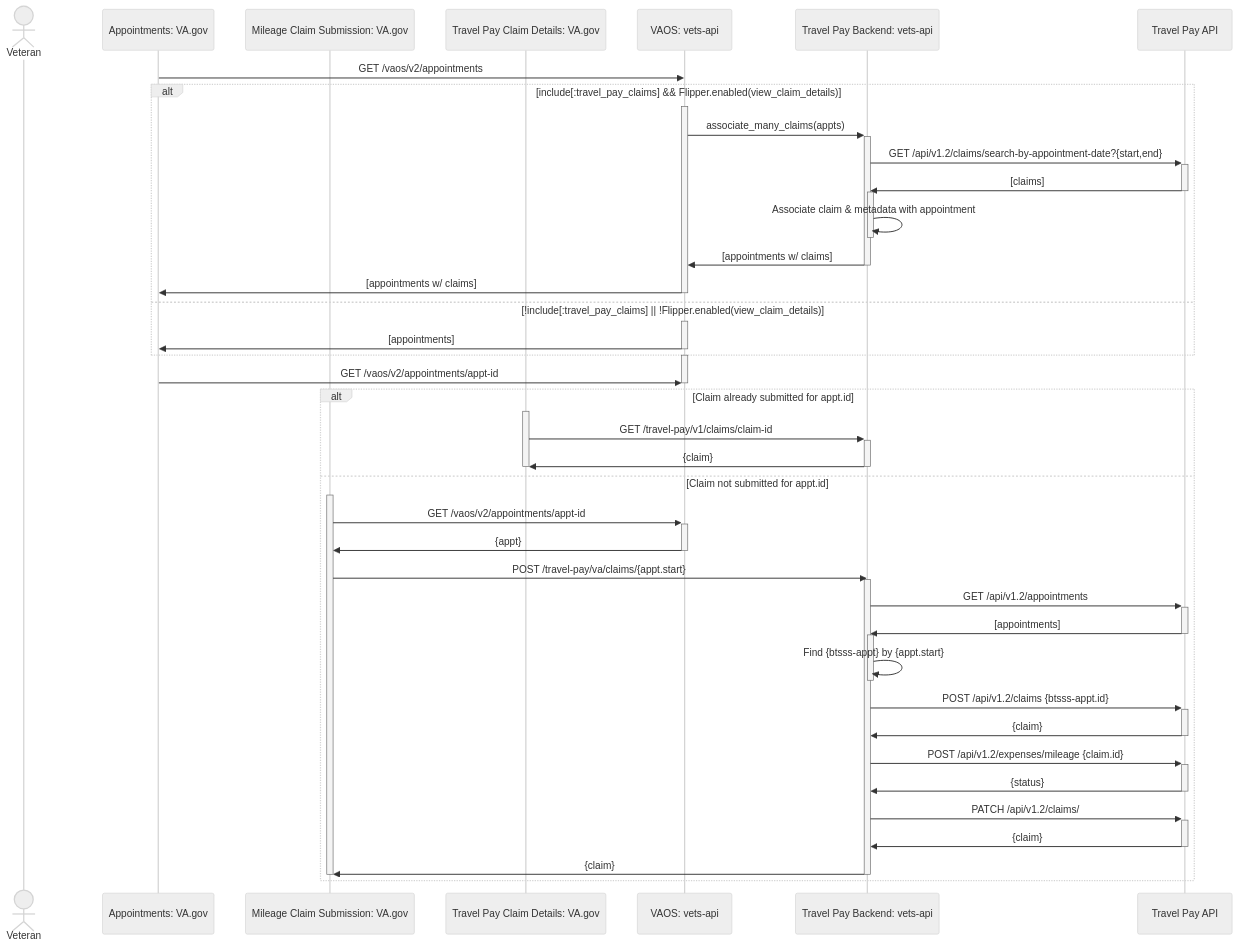
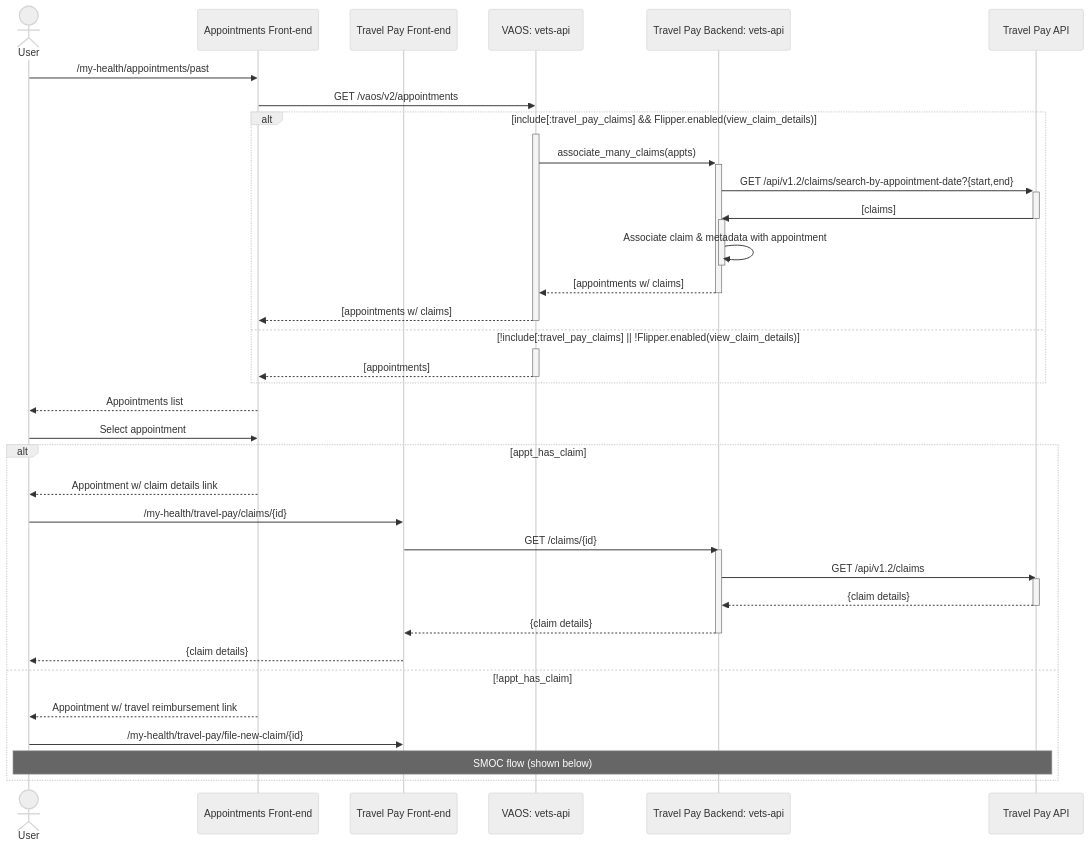
One commit to department-of-veterans-affairs/va.gov-team changed the third of 4 diagrams in products/health-care/beneficiary-travel/engineering/submit-claim/full-sequence-diagram.md. Above: the diagram before and after it, drawn with Mermaid (neutral theme). The commit also changed other lines of this file, not shown here.

Commit message:
Status, claim details, SMOC sequence diagram updates

````diff
--- a/products/health-care/beneficiary-travel/engineering/submit-claim/full-sequence-diagram.md
+++ b/products/health-care/beneficiary-travel/engineering/submit-claim/full-sequence-diagram.md
@@ -5,84 +67,52 @@
 ```mermaid
 sequenceDiagram
-  actor vet as Veteran
-  participant appts as Appointments: VA.gov
-  participant smoc as Mileage Claim Submission: VA.gov
-  participant tcdeets as Travel Pay Claim Details: VA.gov
-  participant vaos as VAOS: vets-api
-  participant tpm  as Travel Pay Backend: vets-api
-  participant tpapi as Travel Pay API
+    actor user as User
+    participant appts as Appointments Front-end
+    participant tp as Travel Pay Front-end
+    participant vaos as VAOS: vets-api
+    participant tpm  as Travel Pay Backend: vets-api
+    participant tpapi as Travel Pay API
 
+    user->>appts: /my-health/appointments/past
+    appts ->> vaos: GET /vaos/v2/appointments
 
-  %% User navigates to past appts
-
-
-  appts ->> vaos: GET /vaos/v2/appointments
-
-  alt include[:travel_pay_claims] && Flipper.enabled(view_claim_details)
-    activate vaos
-      vaos ->>+ tpm: associate_many_claims(appts)
-      tpm ->>+ tpapi: GET /api/v1.2/claims/search-by-appointment-date?{start,end}
-      tpapi ->>- tpm: [claims]
-
-      activate tpm
-        tpm ->> tpm: Associate claim & metadata with appointment
-      deactivate tpm
-
-      tpm ->>- vaos: [appointments w/ claims]
-      vaos ->> appts: [appointments w/ claims]
-    deactivate vaos
-  else !include[:travel_pay_claims] || !Flipper.enabled(view_claim_details)
-    activate vaos
-      vaos ->> appts: [appointments]
-    deactivate vaos
-  end
-
-  %% User navigates to claim details
-
-  activate vaos
-  appts ->> vaos: GET /vaos/v2/appointments/appt-id
-  deactivate vaos
-
-  alt Claim already submitted for appt.id
-
-
-    %% User clicks view claim link
-
-
-    activate tcdeets
-      tcdeets ->>+ tpm: GET /travel-pay/v1/claims/claim-id
-      tpm ->>- tcdeets: {claim}
-    deactivate tcdeets
-  else Claim not submitted for appt.id
-
-
-    %% User clicks submit claim link
-
-
-    activate smoc
-      smoc ->>+ vaos: GET /vaos/v2/appointments/appt-id
-      vaos ->>- smoc: {appt}
-      smoc ->> tpm: POST /travel-pay/va/claims/{appt.start}
-
-      activate tpm
-        tpm ->>+ tpapi: GET /api/v1.2/appointments
-        tpapi ->>- tpm: [appointments]
+    alt include[:travel_pay_claims] && Flipper.enabled(view_claim_details)
+      activate vaos
+        vaos ->>+ tpm: associate_many_claims(appts)
+        tpm ->>+ tpapi: GET /api/v1.2/claims/search-by-appointment-date?{start,end}
+        tpapi ->>- tpm: [claims]
 
         activate tpm
-          tpm ->> tpm: Find {btsss-appt} by {appt.start}
+          tpm ->> tpm: Associate claim & metadata with appointment
         deactivate tpm
 
-        tpm ->>+ tpapi: POST /api/v1.2/claims {btsss-appt.id}
-        tpapi ->>- tpm: {claim}
+        tpm -->>- vaos: [appointments w/ claims]
+        vaos -->> appts: [appointments w/ claims]
+      deactivate vaos
+    else !include[:travel_pay_claims] || !Flipper.enabled(view_claim_details)
+      activate vaos
+        vaos -->> appts: [appointments]
+      deactivate vaos
+    end
+    appts-->>user: Appointments list
+    user->>appts: Select appointment
+    alt appt_has_claim
+        appts-->>user: Appointment w/ claim details link
+        user->>tp: /my-health/travel-pay/claims/{id}
 
-        tpm ->>+ tpapi: POST /api/v1.2/expenses/mileage {claim.id}
-        tpapi ->>- tpm: {status}
+        tp->>tpm: GET /claims/{id}
+        activate tpm
+            tpm->>tpapi: GET /api/v1.2/claims
+            activate tpapi
+                tpapi-->>tpm: {claim details}
+            deactivate tpapi
+            tpm-->>tp: {claim details}
+        deactivate tpm
+        tp-->>user: {claim details}
+    else !appt_has_claim
+        appts-->>user: Appointment w/ travel reimbursement link
+        user->>tp: /my-health/travel-pay/file-new-claim/{id}
 
-        tpm ->>+ tpapi: PATCH /api/v1.2/claims/#{claim.id}/submit
-        tpapi ->>- tpm: {claim}
-
-        tpm ->> smoc: {claim}
-      deactivate tpm
-    deactivate smoc
-  end
+        Note over user,tpapi: SMOC flow (shown below)
+    end
 ```
````
